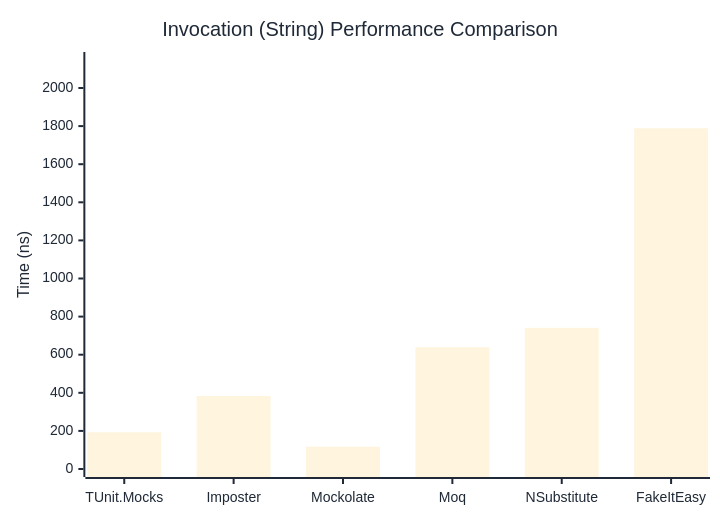
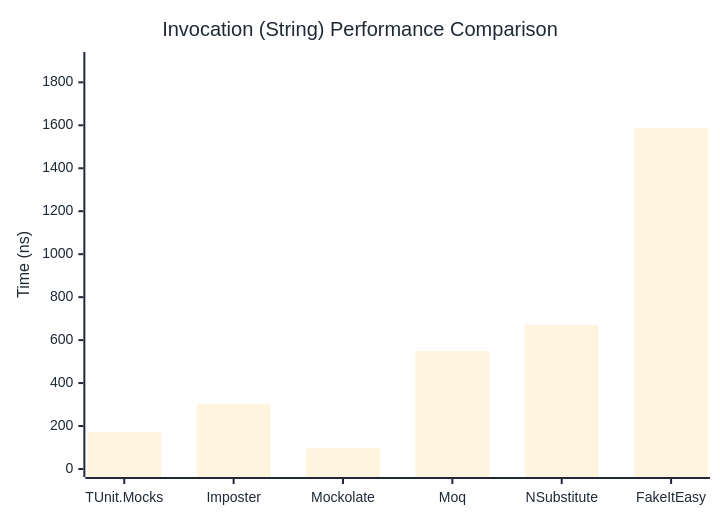
The second of 3 diagrams in docs/docs/benchmarks/mocks/Invocation.md (thomhurst/TUnit), drawn with Mermaid before and after one commit. The commit also changed other lines of this file and 14 other files, not shown here.

````diff
--- a/docs/docs/benchmarks/mocks/Invocation.md
+++ b/docs/docs/benchmarks/mocks/Invocation.md
@@ -71,27 +71,27 @@
 ```mermaid
 %%{init: {
   'theme':'base',
   'themeVariables': {
     'primaryColor': '#2563eb',
     'primaryTextColor': '#1f2937',
     'primaryBorderColor': '#1e40af',
     'lineColor': '#6b7280',
     'secondaryColor': '#7c3aed',
     'tertiaryColor': '#dc2626',
     'background': '#ffffff',
     'pie1': '#2563eb',
     'pie2': '#7c3aed',
     'pie3': '#dc2626',
     'pie4': '#f59e0b',
     'pie5': '#10b981',
     'pie6': '#06b6d4',
     'pie7': '#ec4899',
     'pie8': '#6366f1'
   }
 }}%%
 xychart-beta
   title "Invocation (String) Performance Comparison"
   x-axis ["TUnit.Mocks", "Imposter", "Mockolate", "Moq", "NSubstitute", "FakeItEasy"]
-  y-axis "Time (ns)" 0 --> 2147
-  bar [192.8, 383, 117.1, 639, 740.8, 1788.6]
+  y-axis "Time (ns)" 0 --> 1904
+  bar [172.37, 301.87, 96.16, 549.31, 671.23, 1585.87]
 ```
````
